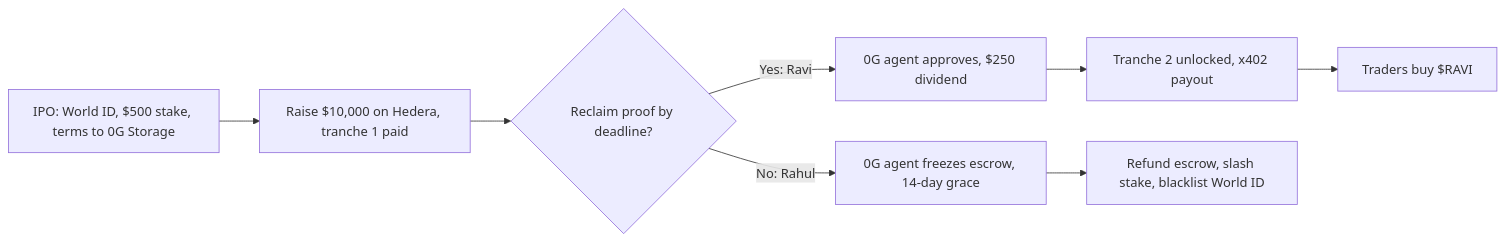
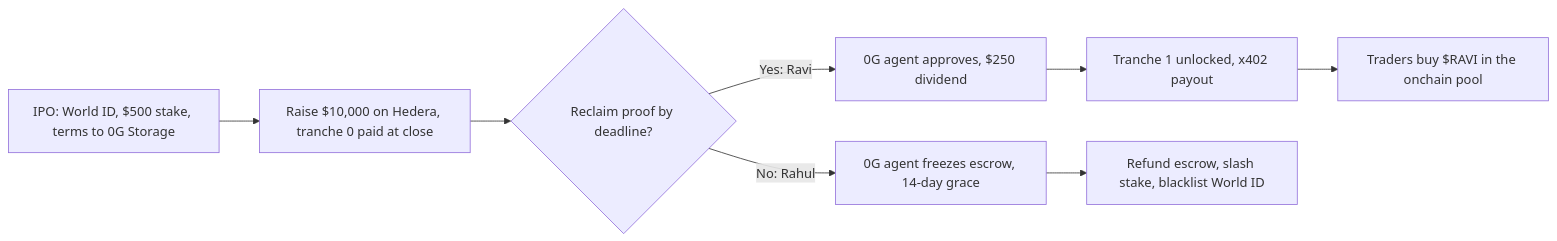
One commit to predatorx7/stakeme-ex changed the diagram in docs/pitch.md. Above: the diagram before and after it, drawn with Mermaid. The commit also changed other lines of this file and 10 other files, not shown here.

Commit message:
Bring docs in line with onchain pool, live ATS and live dividends

````diff
--- a/docs/pitch.md
+++ b/docs/pitch.md
@@ -25,10 +25,10 @@
 ```mermaid
 flowchart LR
-	ipo["IPO: World ID, $500 stake, terms to 0G Storage"] --> raise["Raise $10,000 on Hedera, tranche 1 paid"]
+	ipo["IPO: World ID, $500 stake, terms to 0G Storage"] --> raise["Raise $10,000 on Hedera, tranche 0 paid at close"]
 	raise --> proof{"Reclaim proof by deadline?"}
 	proof -->|"Yes: Ravi"| audit["0G agent approves, $250 dividend"]
-	audit --> unlock["Tranche 2 unlocked, x402 payout"]
-	unlock --> pump["Traders buy $RAVI"]
+	audit --> unlock["Tranche 1 unlocked, x402 payout"]
+	unlock --> pump["Traders buy $RAVI in the onchain pool"]
 	proof -->|"No: Rahul"| freeze["0G agent freezes escrow, 14-day grace"]
 	freeze --> liquidate["Refund escrow, slash stake, blacklist World ID"]
 ```
````
